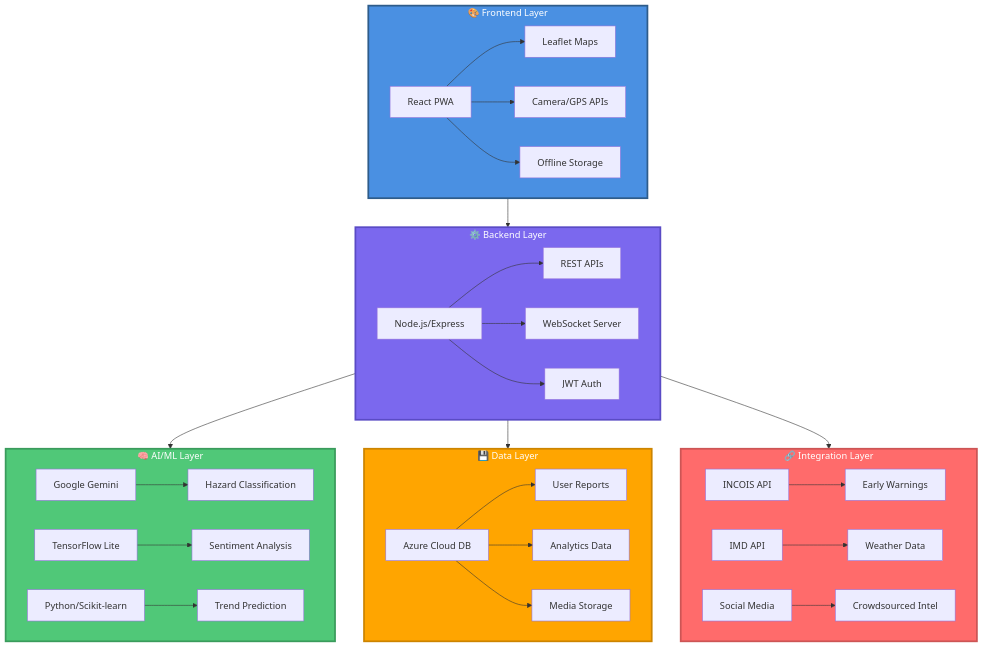
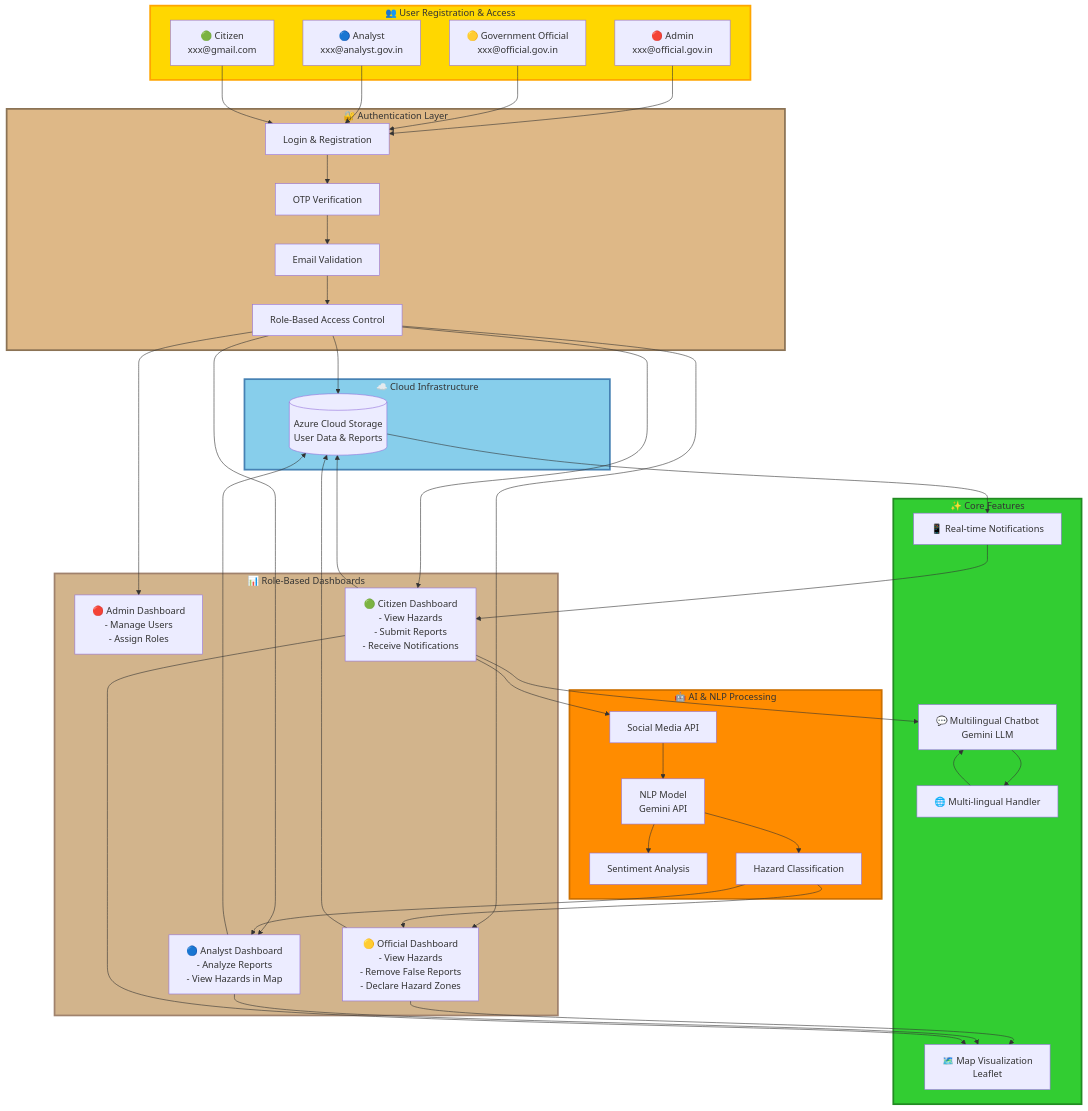
One commit to Ganeshpriyan1011/SIH_2025_Problem_25039 changed the second of 5 diagrams in README.md. Above: the diagram before and after it, drawn with Mermaid. The commit also changed other lines of this file, not shown here.

````diff
--- a/README.md
+++ b/README.md
@@ -110,43 +110,73 @@
 ```mermaid
 flowchart TB
-    subgraph Frontend["🎨 Frontend Layer"]
-        A[React PWA] --> B[Leaflet Maps]
-        A --> C[Camera/GPS APIs]
-        A --> D[Offline Storage]
+    subgraph Users["👥 User Registration & Access"]
+        A1[🔴 Admin<br/>xxx@official.gov.in]
+        A2[🟡 Government Official<br/>xxx@official.gov.in]
+        A3[🔵 Analyst<br/>xxx@analyst.gov.in]
+        A4[🟢 Citizen<br/>xxx@gmail.com]
     end
     
-    subgraph Backend["⚙️ Backend Layer"]
-        E[Node.js/Express] --> F[REST APIs]
-        E --> G[WebSocket Server]
-        E --> H[JWT Auth]
+    subgraph Auth["🔐 Authentication Layer"]
+        B1[Login & Registration]
+        B2[OTP Verification]
+        B3[Email Validation]
+        B4[Role-Based Access Control]
     end
     
-    subgraph AI["🧠 AI/ML Layer"]
-        I[Google Gemini] --> J[Hazard Classification]
-        K[TensorFlow Lite] --> L[Sentiment Analysis]
-        M[Python/Scikit-learn] --> N[Trend Prediction]
+    subgraph Dashboards["📊 Role-Based Dashboards"]
+        C1[🔴 Admin Dashboard<br/>- Manage Users<br/>- Assign Roles]
+        C2[🟡 Official Dashboard<br/>- View Hazards<br/>- Remove False Reports<br/>- Declare Hazard Zones]
+        C3[🔵 Analyst Dashboard<br/>- Analyze Reports<br/>- View Hazards in Map]
+        C4[🟢 Citizen Dashboard<br/>- View Hazards<br/>- Submit Reports<br/>- Receive Notifications]
     end
     
-    subgraph Data["💾 Data Layer"]
-        O[Azure Cloud DB] --> P[User Reports]
-        O --> Q[Analytics Data]
-        O --> R[Media Storage]
+    subgraph AILayer["🤖 AI & NLP Processing"]
+        D1[NLP Model<br/>Gemini API]
+        D2[Social Media API]
+        D3[Sentiment Analysis]
+        D4[Hazard Classification]
     end
     
-    subgraph Integration["🔗 Integration Layer"]
-        S[INCOIS API] --> T[Early Warnings]
-        U[IMD API] --> V[Weather Data]
-        W[Social Media] --> X[Crowdsourced Intel]
+    subgraph Features["✨ Core Features"]
+        E1[🗺️ Map Visualization<br/>Leaflet]
+        E2[💬 Multilingual Chatbot<br/>Gemini LLM]
+        E3[🌐 Multi-lingual Handler]
+        E4[📱 Real-time Notifications]
     end
     
-    Frontend --> Backend
-    Backend --> AI
-    Backend --> Data
-    Backend --> Integration
+    subgraph Storage["☁️ Cloud Infrastructure"]
+        F1[(Azure Cloud Storage<br/>User Data & Reports)]
+    end
     
-    style Frontend fill:#4A90E2,stroke:#2E5C8A,stroke-width:3px,color:#fff
-    style Backend fill:#7B68EE,stroke:#5A4BC5,stroke-width:3px,color:#fff
-    style AI fill:#50C878,stroke:#3A9B5C,stroke-width:3px,color:#fff
-    style Data fill:#FFA500,stroke:#CC8400,stroke-width:3px,color:#fff
-    style Integration fill:#FF6B6B,stroke:#CC5555,stroke-width:3px,color:#fff
+    A1 & A2 & A3 & A4 --> B1
+    B1 --> B2
+    B2 --> B3
+    B3 --> B4
+    B4 --> F1
+    
+    B4 --> C1 & C2 & C3 & C4
+    
+    C4 --> D2
+    D2 --> D1
+    D1 --> D3 & D4
+    D4 --> C2 & C3
+    
+    C4 --> F1
+    C2 --> F1
+    C3 --> F1
+    
+    C2 & C3 & C4 --> E1
+    C4 --> E2
+    E2 --> E3
+    E3 --> E2
+    
+    F1 --> E4
+    E4 --> C4
+    
+    style Users fill:#FFD700,stroke:#FFA500,stroke-width:3px
+    style Auth fill:#DEB887,stroke:#8B7355,stroke-width:3px
+    style Dashboards fill:#D2B48C,stroke:#A0826D,stroke-width:3px
+    style AILayer fill:#FF8C00,stroke:#CC7000,stroke-width:3px
+    style Features fill:#32CD32,stroke:#228B22,stroke-width:3px
+    style Storage fill:#87CEEB,stroke:#4682B4,stroke-width:3px
 ```
````
